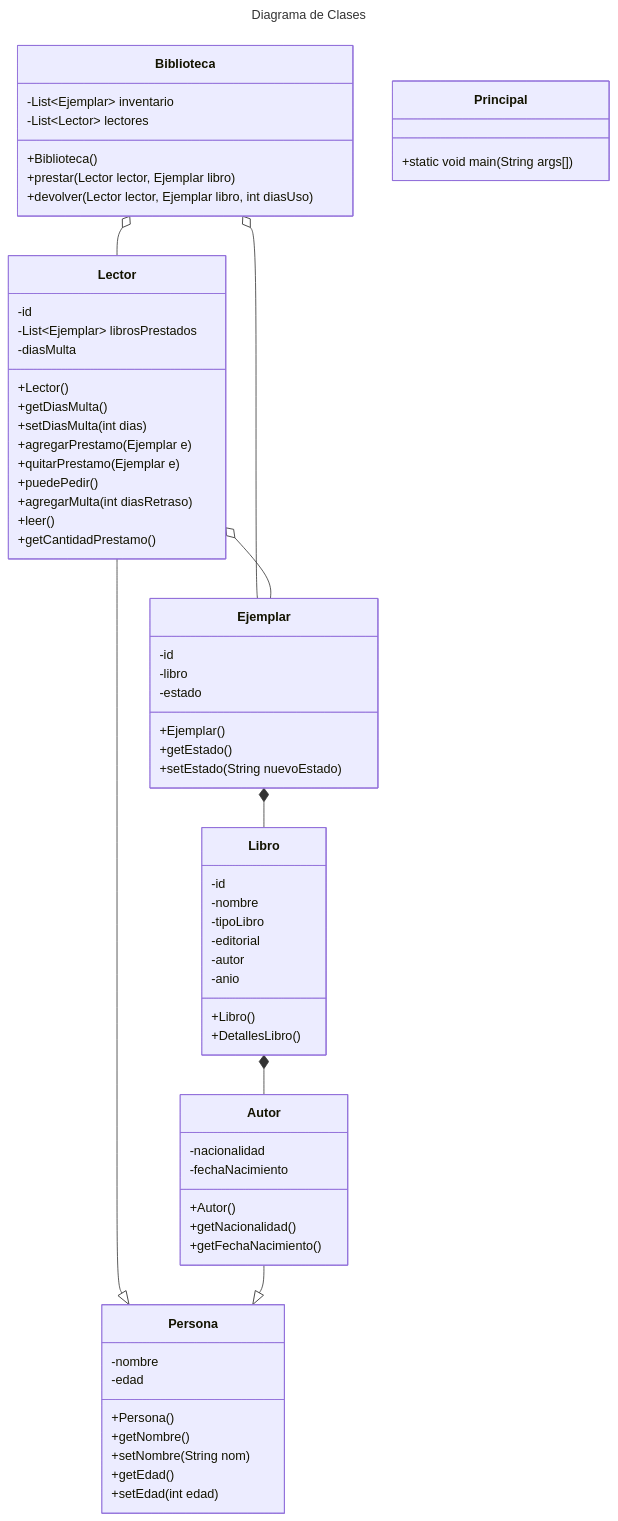
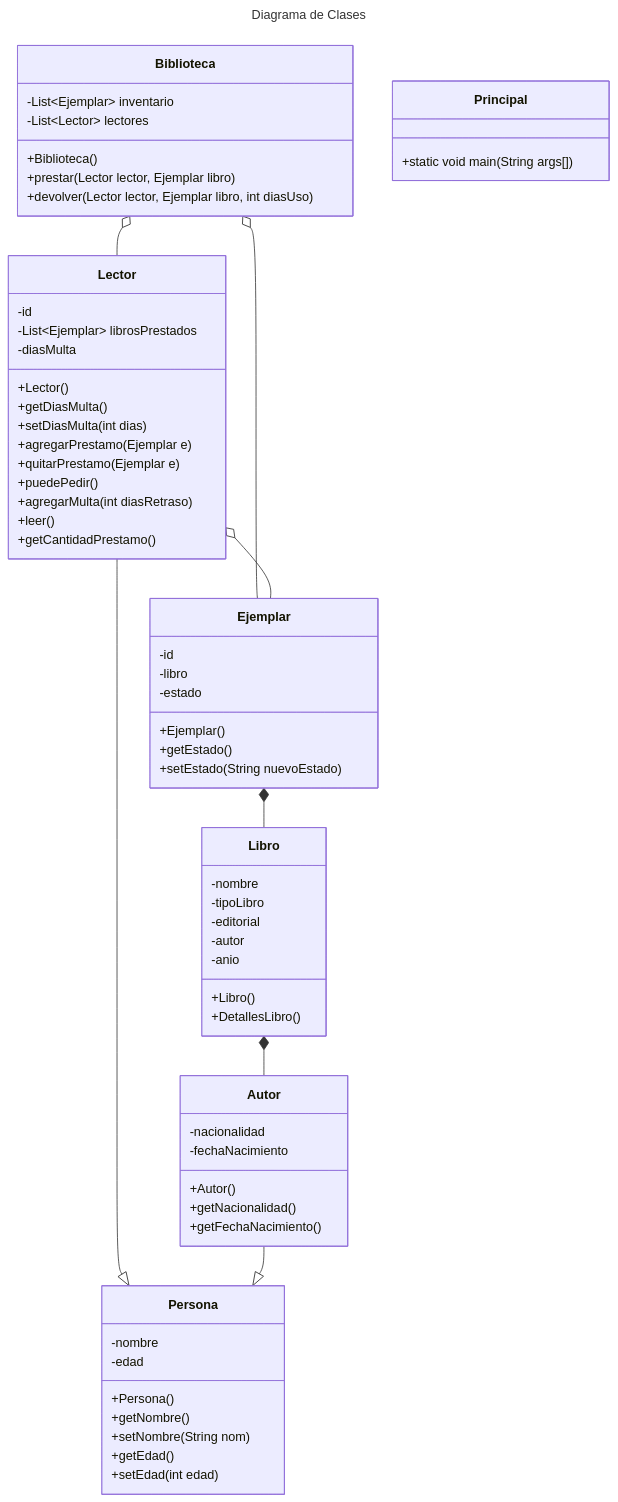
Before and after one commit to mauryci2/Jaime-Felix-POO-Base: the diagram in README.md, drawn with Mermaid.

Commit message:
decidi eliminar el id en la clase Libro ya que en la clase Ejemplar ya tiene id. Es redundante
Removed the 'id' property from the Libro class in the README.

````diff
--- a/README.md
+++ b/README.md
@@ -7,75 +7,74 @@
 ```mermaid
 ---
 title: Diagrama de Clases
 ---
 classDiagram
       Lector --|> Persona
       Autor --|> Persona
 
       Biblioteca o-- Ejemplar
       Biblioteca o-- Lector
       Ejemplar *-- Libro
       Libro *-- Autor
       Lector o-- Ejemplar
       class Principal{
             +static void main(String args[])
       }
       class Biblioteca{
             -List~Ejemplar~ inventario
             -List~Lector~ lectores
             +Biblioteca()
             +prestar(Lector lector, Ejemplar libro)
             +devolver(Lector lector, Ejemplar libro, int diasUso)
             
       }
             
       class Libro{
-            -id
             -nombre
             -tipoLibro
             -editorial
             -autor
             -anio
             +Libro()
             +DetallesLibro()
             
       }
       class Lector{
             -id
             -List~Ejemplar~ librosPrestados
             -diasMulta
             +Lector()
             +getDiasMulta()
             +setDiasMulta(int dias)
             +agregarPrestamo(Ejemplar e)
             +quitarPrestamo(Ejemplar e)
             +puedePedir()
             +agregarMulta(int diasRetraso)
             +leer()
             +getCantidadPrestamo()
             }
       class Ejemplar {
             -id
             -libro
             -estado
             +Ejemplar()
             +getEstado()
             +setEstado(String nuevoEstado)
       }
       class Autor{
             -nacionalidad
             -fechaNacimiento
             +Autor()
             +getNacionalidad()
             +getFechaNacimiento()
       }
       class Persona{
             -nombre
             -edad
             +Persona()
             +getNombre()
             +setNombre(String nom)
             +getEdad()
             +setEdad(int edad)
       }
 ```
````
